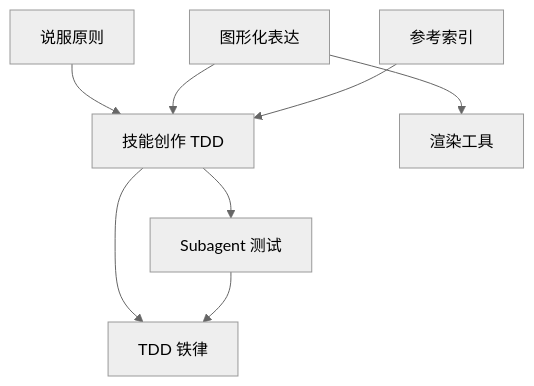
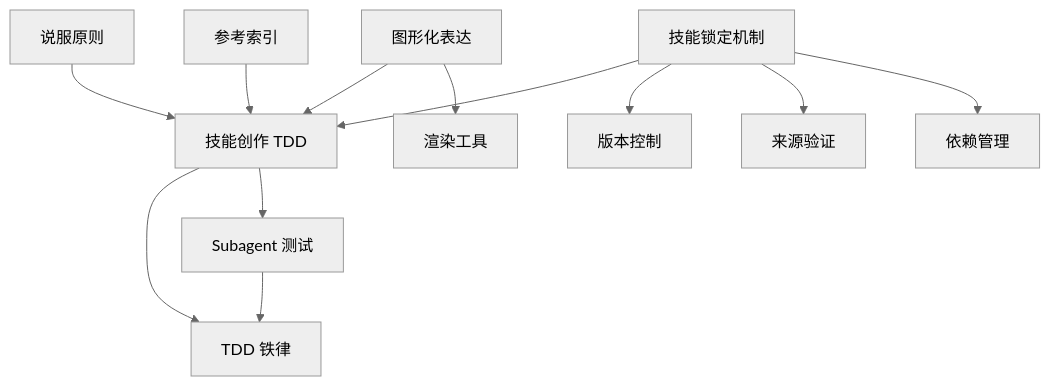
One commit to AngelWings1997/altas changed the tenth of 10 diagrams in .qoder/repowiki/zh/content/超级能力模块/技能编写指南.md. Above: the diagram before and after it, drawn with Mermaid (neutral theme). The commit also changed other lines of this file and 2 other files, not shown here.

````diff
--- a/.qoder/repowiki/zh/content/超级能力模块/技能编写指南.md
+++ b/.qoder/repowiki/zh/content/超级能力模块/技能编写指南.md
@@ -328,10 +408,14 @@
 ```mermaid
 graph TB
 TDD["技能创作 TDD"] --> Iron["TDD 铁律"]
 TDD --> Sub["Subagent 测试"]
 Persuade["说服原则"] --> TDD
 Graph["图形化表达"] --> TDD
 Index["参考索引"] --> TDD
+Lock["技能锁定机制"] --> TDD
 Sub --> Iron
 Graph --> Render["渲染工具"]
+Lock --> Version["版本控制"]
+Lock --> Verify["来源验证"]
+Lock --> Dep["依赖管理"]
 ```
````
